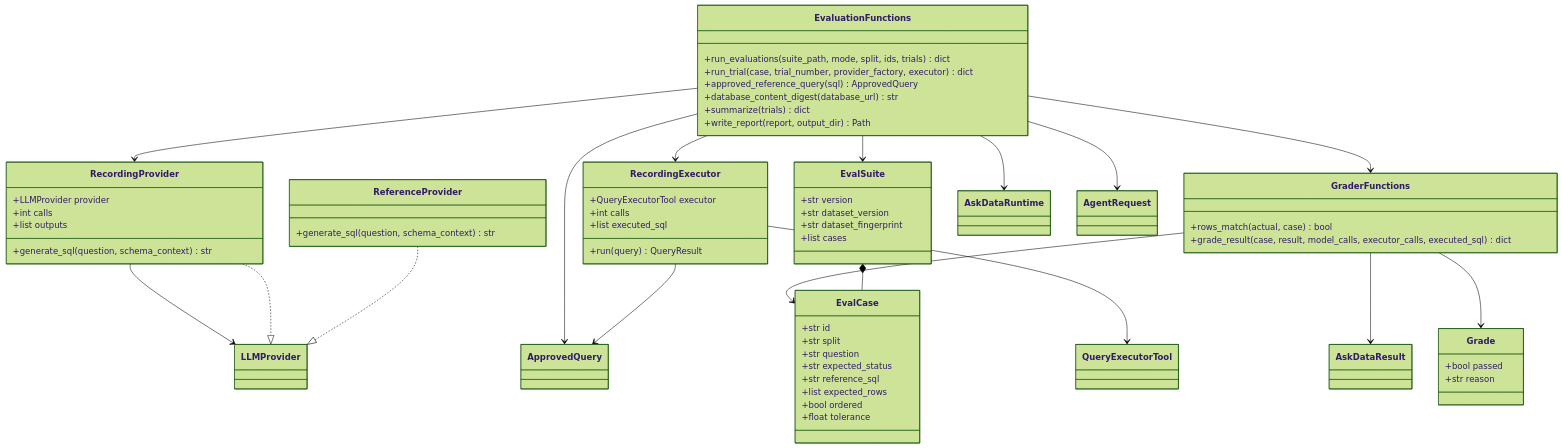
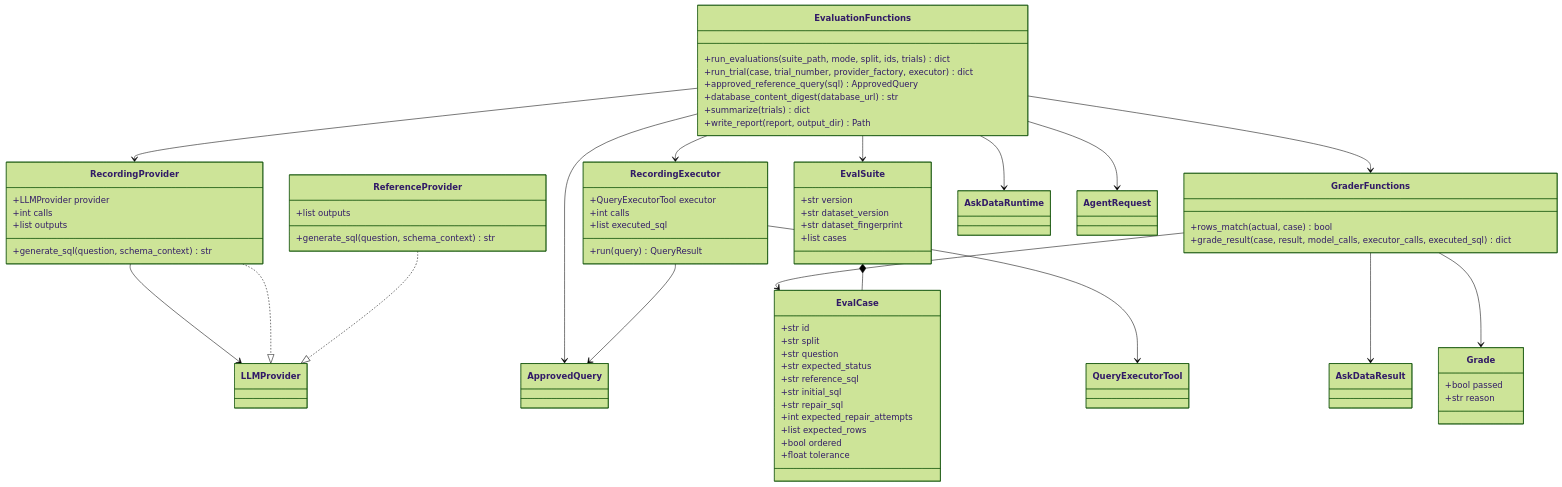
One commit to arpan-artisan/QueryForge changed the seventh of 8 diagrams in docs/architecture-diagrams.md. Above: the diagram before and after it, drawn with Mermaid (forest theme). The commit also changed other lines of this file and 21 other files, not shown here.

Commit message:
Add bounded SQL repair loop

````diff
--- a/docs/architecture-diagrams.md
+++ b/docs/architecture-diagrams.md
@@ -555,66 +579,70 @@
 ```mermaid
 classDiagram
     class EvalSuite {
         +str version
         +str dataset_version
         +str dataset_fingerprint
         +list cases
     }
     class EvalCase {
         +str id
         +str split
         +str question
         +str expected_status
         +str reference_sql
+        +str initial_sql
+        +str repair_sql
+        +int expected_repair_attempts
         +list expected_rows
         +bool ordered
         +float tolerance
     }
     class Grade {
         +bool passed
         +str reason
     }
     class ReferenceProvider {
+        +list outputs
         +generate_sql(question, schema_context) str
     }
     class RecordingProvider {
         +LLMProvider provider
         +int calls
         +list outputs
         +generate_sql(question, schema_context) str
     }
     class RecordingExecutor {
         +QueryExecutorTool executor
         +int calls
         +list executed_sql
         +run(query) QueryResult
     }
     class EvaluationFunctions {
         +run_evaluations(suite_path, mode, split, ids, trials) dict
         +run_trial(case, trial_number, provider_factory, executor) dict
         +approved_reference_query(sql) ApprovedQuery
         +database_content_digest(database_url) str
         +summarize(trials) dict
         +write_report(report, output_dir) Path
     }
     class GraderFunctions {
         +rows_match(actual, case) bool
         +grade_result(case, result, model_calls, executor_calls, executed_sql) dict
     }
     EvalSuite *-- EvalCase
     ReferenceProvider ..|> LLMProvider
     RecordingProvider ..|> LLMProvider
     RecordingProvider --> LLMProvider
     RecordingExecutor --> ApprovedQuery
     RecordingExecutor --> QueryExecutorTool
     EvaluationFunctions --> EvalSuite
     EvaluationFunctions --> AskDataRuntime
     EvaluationFunctions --> AgentRequest
     EvaluationFunctions --> ApprovedQuery
     EvaluationFunctions --> RecordingProvider
     EvaluationFunctions --> RecordingExecutor
     EvaluationFunctions --> GraderFunctions
     GraderFunctions --> AskDataResult
     GraderFunctions --> EvalCase
     GraderFunctions --> Grade
 ```
````
